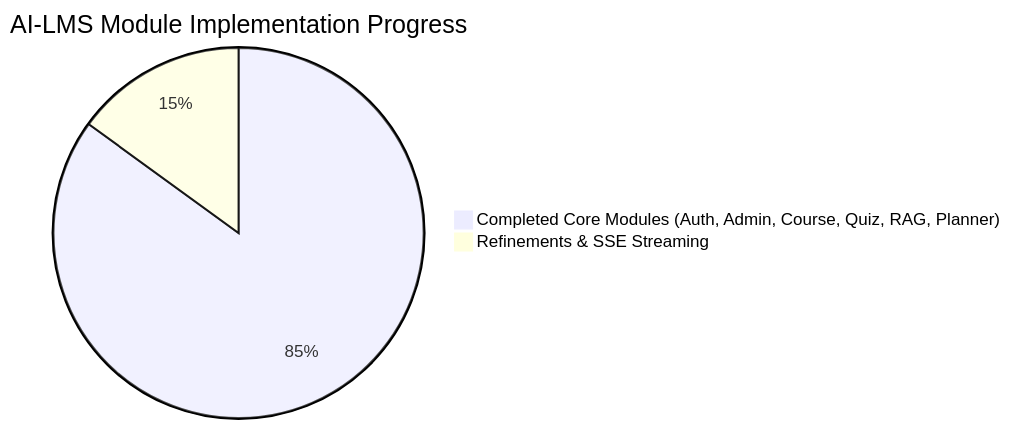
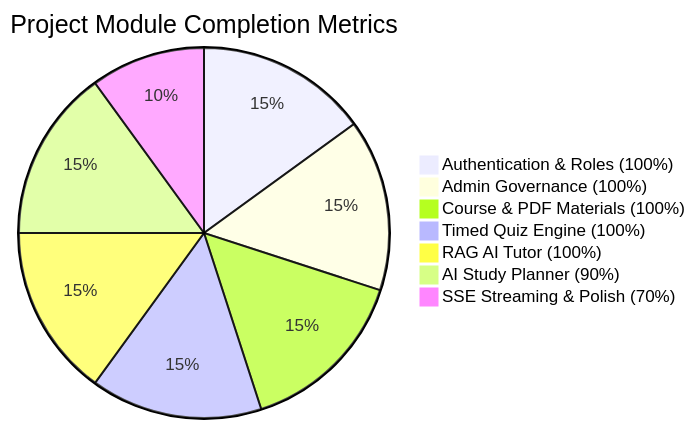
One commit to adilpalachira/AI_LMS changed diagram 15 of 18 in docs/PRESENTATION_REPORT_FIRST_EVALUATION.md. Above: the diagram before and after it, drawn with Mermaid. The commit also changed other lines of this file and 4 other files, not shown here.

````diff
--- a/docs/PRESENTATION_REPORT_FIRST_EVALUATION.md
+++ b/docs/PRESENTATION_REPORT_FIRST_EVALUATION.md
@@ -591,5 +579,10 @@
 ```mermaid
-pie title AI-LMS Module Implementation Progress
-    "Completed Core Modules (Auth, Admin, Course, Quiz, RAG, Planner)" : 85
-    "Refinements & SSE Streaming" : 15
+pie title Project Module Completion Metrics
+    "Authentication & Roles (100%)" : 15
+    "Admin Governance (100%)" : 15
+    "Course & PDF Materials (100%)" : 15
+    "Timed Quiz Engine (100%)" : 15
+    "RAG AI Tutor (100%)" : 15
+    "AI Study Planner (90%)" : 15
+    "SSE Streaming & Polish (70%)" : 10
 ```
````
